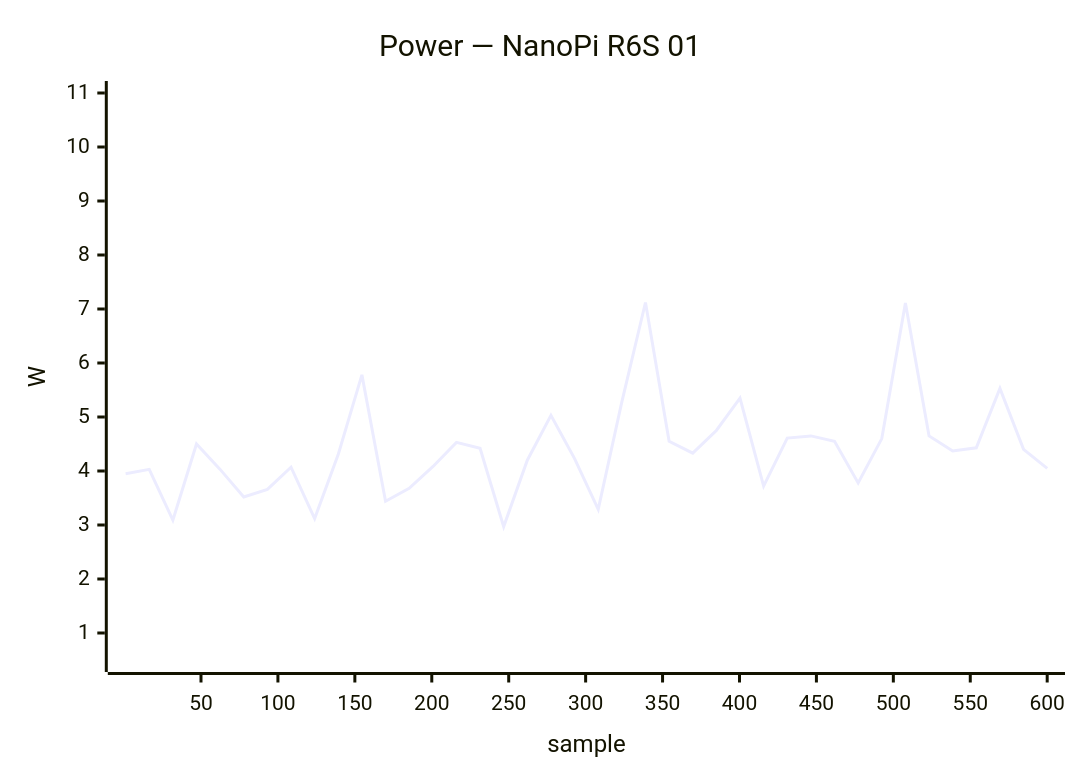
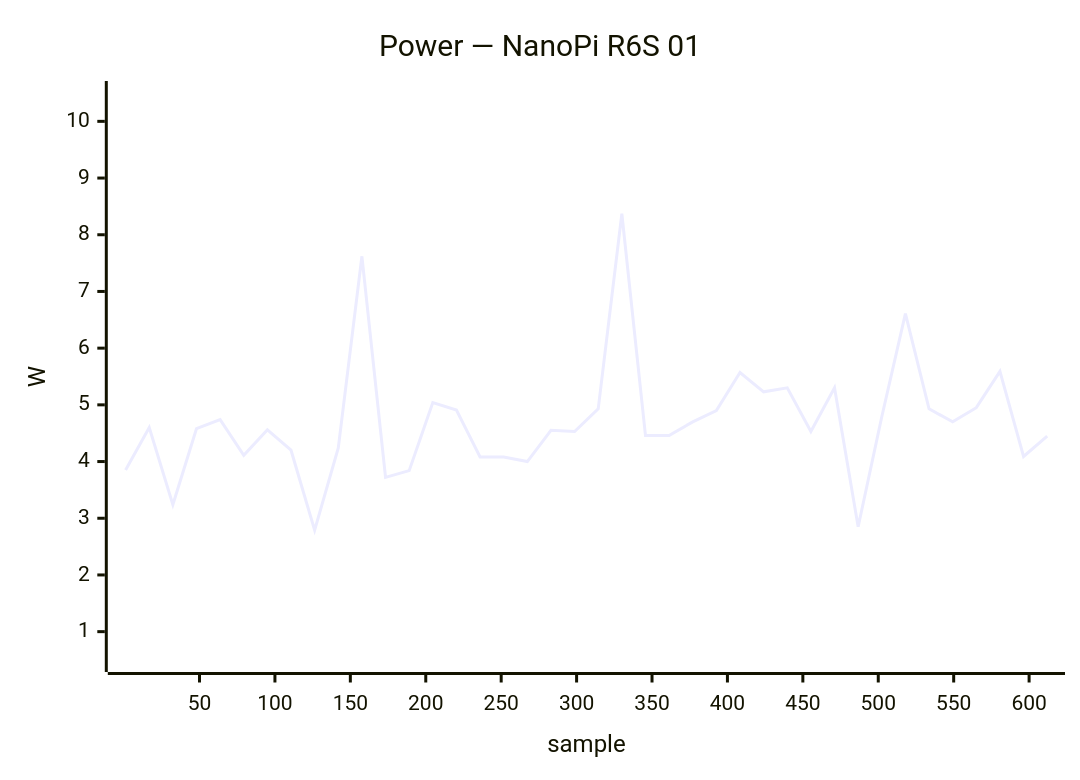
Diagram 16 of 33 in docs/status/board-tests.md (armbian/documentation), drawn with Mermaid before and after one commit. The commit also changed other lines of this file, not shown here.

````diff
--- a/docs/status/board-tests.md
+++ b/docs/status/board-tests.md
@@ -959,7 +898,7 @@
 ```mermaid
 xychart-beta
     title "Power — NanoPi R6S 01"
-    x-axis "sample" 1 --> 600
-    y-axis "W" 0.5 --> 11.0
-    line [3.95, 4.03, 3.09, 4.50, 4.03, 3.52, 3.66, 4.07, 3.12, 4.31, 5.78, 3.44, 3.68, 4.08, 4.53, 4.42, 2.97, 4.20, 5.03, 4.23, 3.29, 5.28, 7.12, 4.55, 4.33, 4.75, 5.35, 3.72, 4.61, 4.65, 4.55, 3.78, 4.60, 7.11, 4.65, 4.37, 4.43, 5.53, 4.40, 4.05]
+    x-axis "sample" 1 --> 612
+    y-axis "W" 0.5 --> 10.5
+    line [3.85, 4.60, 3.24, 4.58, 4.74, 4.11, 4.56, 4.20, 2.79, 4.24, 7.62, 3.72, 3.84, 5.04, 4.91, 4.08, 4.08, 4.00, 4.55, 4.53, 4.93, 8.37, 4.46, 4.46, 4.70, 4.90, 5.57, 5.23, 5.30, 4.53, 5.30, 2.85, 4.79, 6.61, 4.93, 4.70, 4.95, 5.59, 4.09, 4.45]
 ```
````
